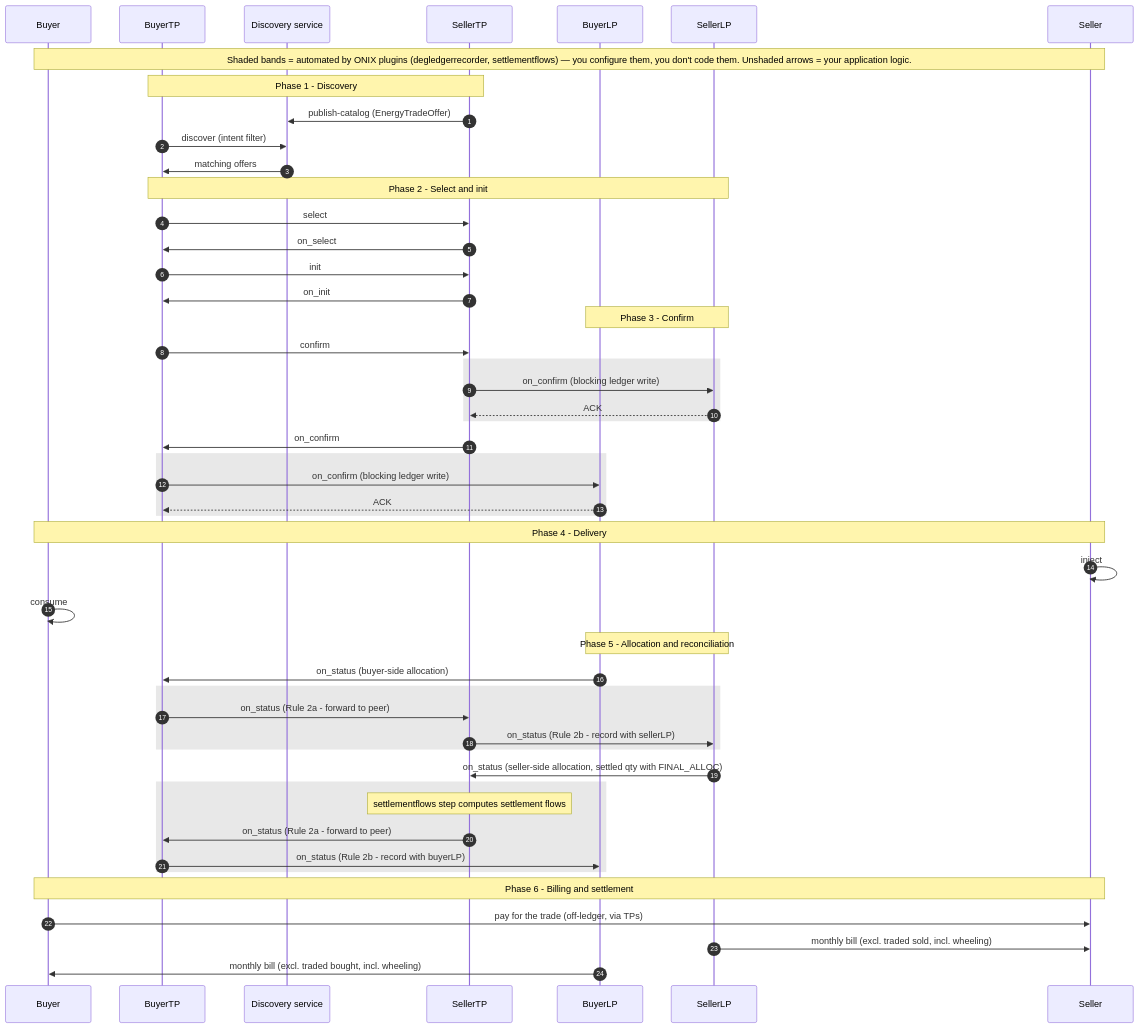
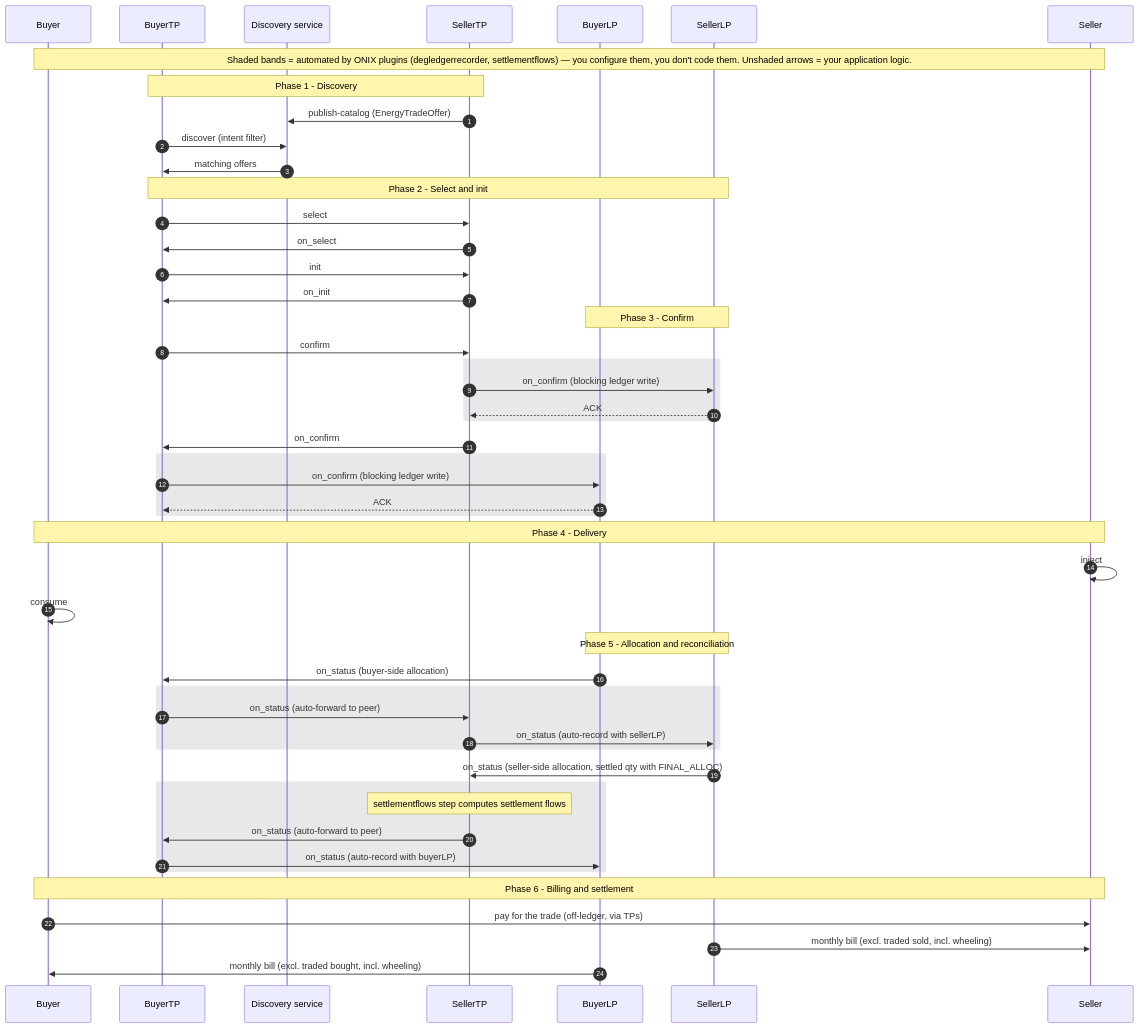
The second of 2 diagrams in use-cases/p2p-energy-trading/README.md (India-Energy-Stack/ies-accelerator), drawn with Mermaid before and after one commit. The commit also changed other lines of this file and 1 other file, not shown here.

First line of the commit message:
docs(p2p): drop Rule 1/2a/2b labels; describe auto-routing behaviours plainly

````diff
--- a/use-cases/p2p-energy-trading/README.md
+++ b/use-cases/p2p-energy-trading/README.md
@@ -134,58 +134,58 @@
 ```mermaid
 sequenceDiagram
   autonumber
   participant B as Buyer
   participant BTP as BuyerTP
   participant DS as Discovery service
   participant STP as SellerTP
   participant BDL as BuyerLP
   participant SDL as SellerLP
   participant S as Seller
 
   Note over B,S: Shaded bands = automated by ONIX plugins (degledgerrecorder, settlementflows) — you configure them, you don't code them. Unshaded arrows = your application logic.
 
   Note over BTP,STP: Phase 1 - Discovery
   STP->>DS: publish-catalog (EnergyTradeOffer)
   BTP->>DS: discover (intent filter)
   DS->>BTP: matching offers
 
   Note over BTP,SDL: Phase 2 - Select and init
   BTP->>STP: select
   STP->>BTP: on_select
   BTP->>STP: init
   STP->>BTP: on_init
 
   Note over BDL,SDL: Phase 3 - Confirm
   BTP->>STP: confirm
   rect rgba(128,128,128,0.18)
     STP->>SDL: on_confirm (blocking ledger write)
     SDL-->>STP: ACK
   end
   STP->>BTP: on_confirm
   rect rgba(128,128,128,0.18)
     BTP->>BDL: on_confirm (blocking ledger write)
     BDL-->>BTP: ACK
   end
 
   Note over B,S: Phase 4 - Delivery
   S->>S: inject
   B->>B: consume
 
   Note over BDL,SDL: Phase 5 - Allocation and reconciliation
   BDL->>BTP: on_status (buyer-side allocation)
   rect rgba(128,128,128,0.18)
-    BTP->>STP: on_status (Rule 2a - forward to peer)
-    STP->>SDL: on_status (Rule 2b - record with sellerLP)
+    BTP->>STP: on_status (auto-forward to peer)
+    STP->>SDL: on_status (auto-record with sellerLP)
   end
   SDL->>STP: on_status (seller-side allocation, settled qty with FINAL_ALLOC)
   rect rgba(128,128,128,0.18)
     Note over STP: settlementflows step computes settlement flows
-    STP->>BTP: on_status (Rule 2a - forward to peer)
-    BTP->>BDL: on_status (Rule 2b - record with buyerLP)
+    STP->>BTP: on_status (auto-forward to peer)
+    BTP->>BDL: on_status (auto-record with buyerLP)
   end
 
   Note over B,S: Phase 6 - Billing and settlement
   B->>S: pay for the trade (off-ledger, via TPs)
   SDL->>S: monthly bill (excl. traded sold, incl. wheeling)
   BDL->>B: monthly bill (excl. traded bought, incl. wheeling)
 ```
````
